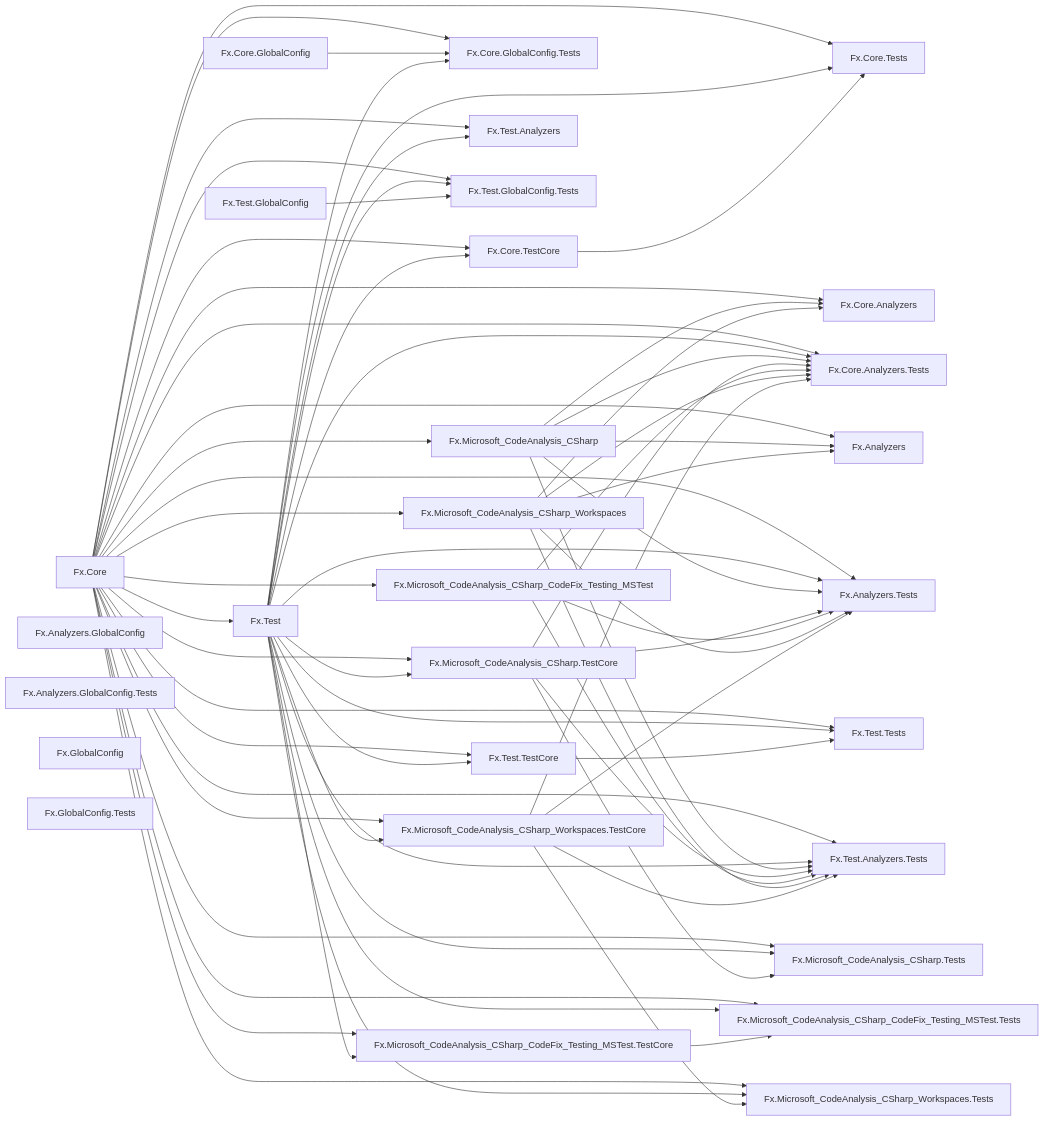
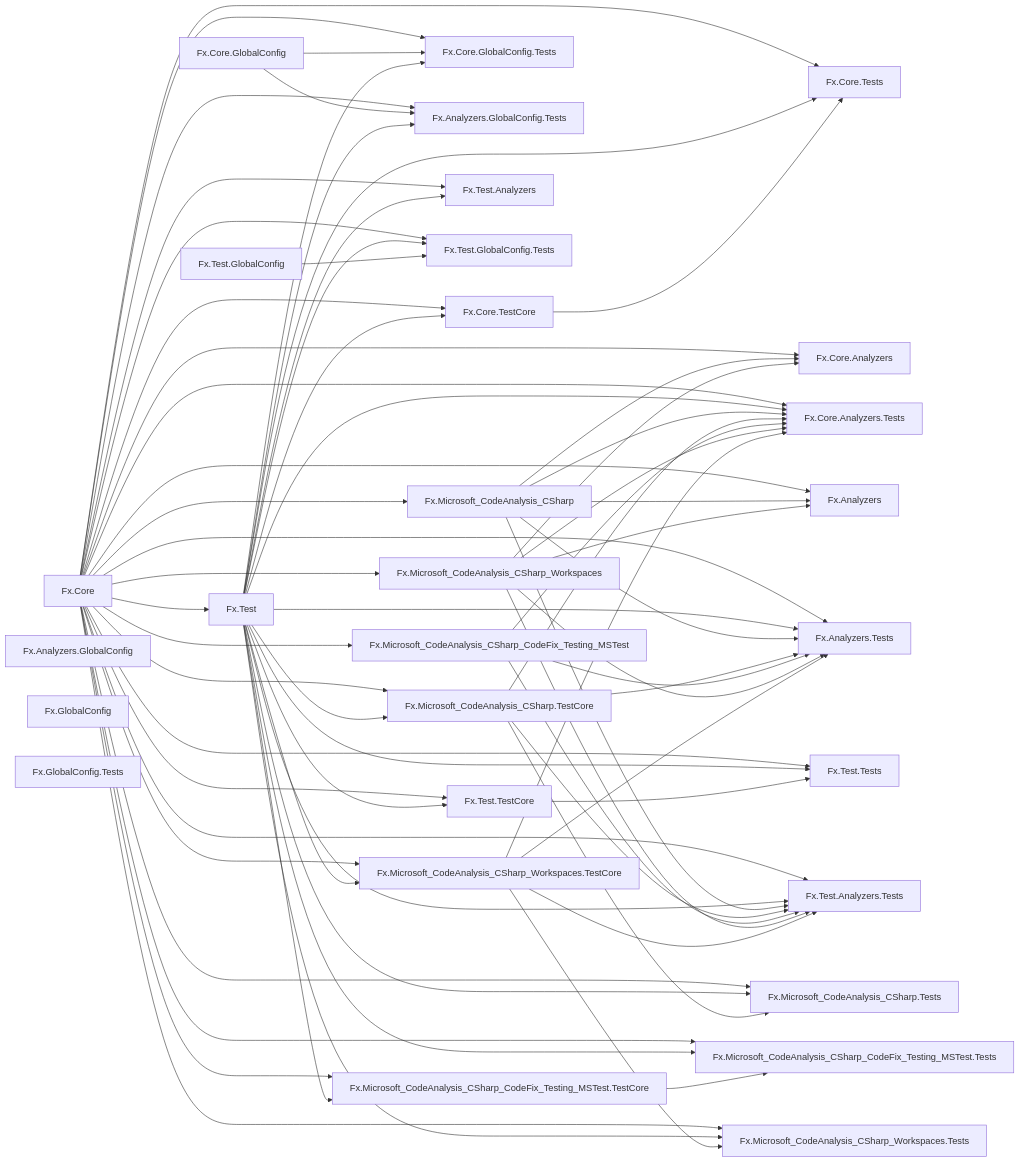
Before and after one commit to ravudet/Fx.Core: the diagram in graph.md, drawn with Mermaid.

```diff
--- a/graph.md
+++ b/graph.md
@@ -65,6 +65,10 @@
 	Fx.Microsoft_CodeAnalysis_CSharp_Workspaces --> Fx.Analyzers.Tests
 	Fx.Microsoft_CodeAnalysis_CSharp_Workspaces.TestCore --> Fx.Analyzers.Tests
 
+	Fx.Core -->  Fx.Analyzers.GlobalConfig.Tests
+	Fx.Core.GlobalConfig --> Fx.Analyzers.GlobalConfig.Tests
+	Fx.Test --> Fx.Analyzers.GlobalConfig.Tests
+
 	Fx.Core --> Fx.Test
 
 	Fx.Core --> Fx.Test.TestCore
```
